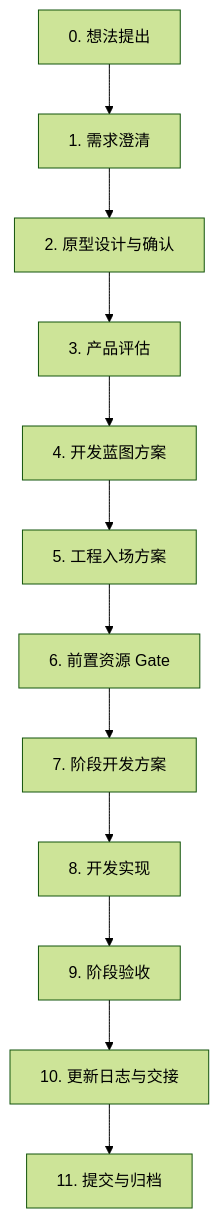
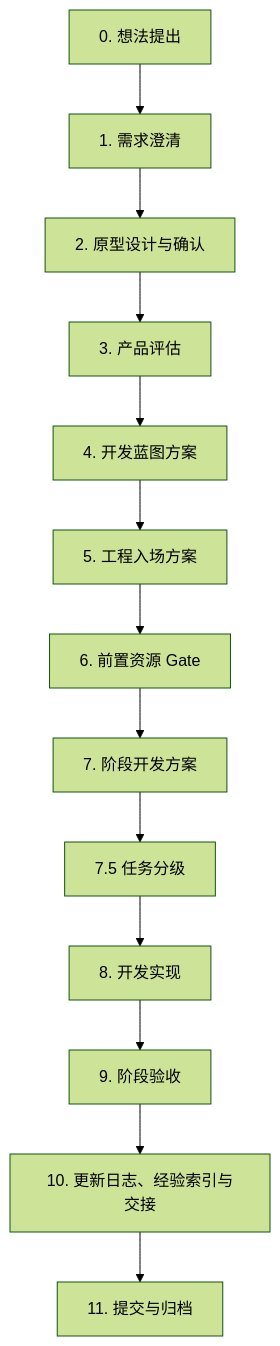
Before and after one commit to LS-N/ganfan: the diagram in docs/development-sop/LATEST.md, drawn with Mermaid (forest theme). The commit also changed other lines of this file and 40 other files, not shown here.

````diff
--- a/docs/development-sop/LATEST.md
+++ b/docs/development-sop/LATEST.md
@@ -24,14 +32,15 @@
 ```mermaid
 flowchart TD
   A["0. 想法提出"] --> B["1. 需求澄清"]
   B --> C["2. 原型设计与确认"]
   C --> D["3. 产品评估"]
   D --> E["4. 开发蓝图方案"]
   E --> F["5. 工程入场方案"]
   F --> G["6. 前置资源 Gate"]
   G --> H["7. 阶段开发方案"]
-  H --> I["8. 开发实现"]
+  H --> H2["7.5 任务分级"]
+  H2 --> I["8. 开发实现"]
   I --> J["9. 阶段验收"]
-  J --> K["10. 更新日志与交接"]
+  J --> K["10. 更新日志、经验索引与交接"]
   K --> L["11. 提交与归档"]
 ```
````
